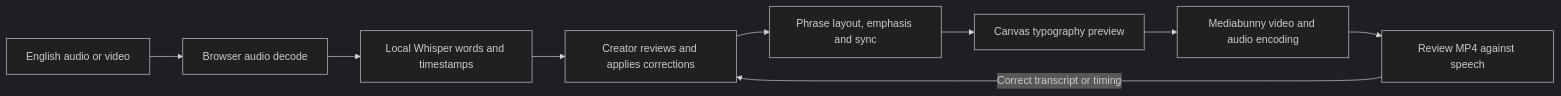
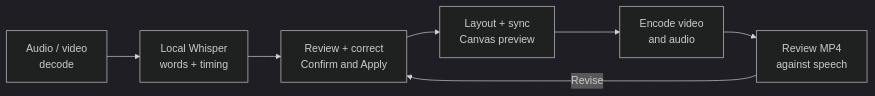
The diagram in projects/06-kinetic-typography/README.md (MuwenTriLi/creative-workflows), drawn with Mermaid (dark theme) before and after one commit. The commit also changed 4 other files, not shown here.

Commit message:
Make workflow diagrams readable at the default GitHub width

````diff
--- a/projects/06-kinetic-typography/README.md
+++ b/projects/06-kinetic-typography/README.md
@@ -24,11 +24,9 @@
 ```mermaid
 flowchart LR
-    A[English audio or video] --> B[Browser audio decode]
-    B --> C[Local Whisper words and timestamps]
-    C --> D[Creator reviews and applies corrections]
-    D --> E[Phrase layout, emphasis and sync]
-    E --> F[Canvas typography preview]
-    F --> G[Mediabunny video and audio encoding]
-    G --> H[Review MP4 against speech]
-    H -->|Correct transcript or timing| D
+    A["Audio / video<br/>decode"] --> B["Local Whisper<br/>words + timing"]
+    B --> C["Review + correct<br/>Confirm and Apply"]
+    C --> D["Layout + sync<br/>Canvas preview"]
+    D --> E["Encode video<br/>and audio"]
+    E --> F["Review MP4<br/>against speech"]
+    F -->|Revise| C
 ```
````
